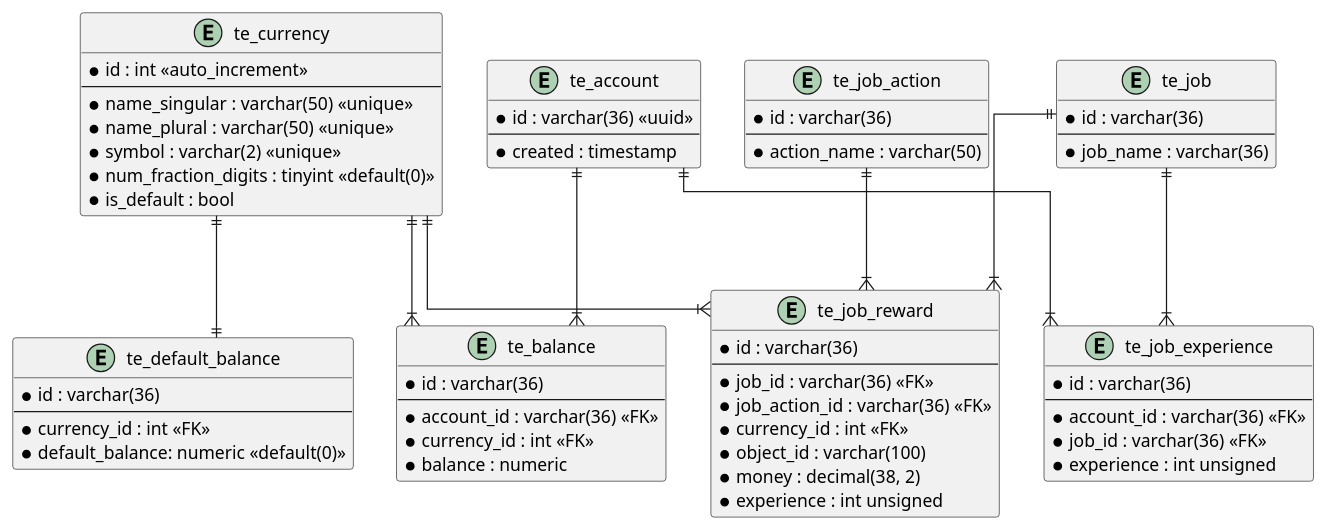
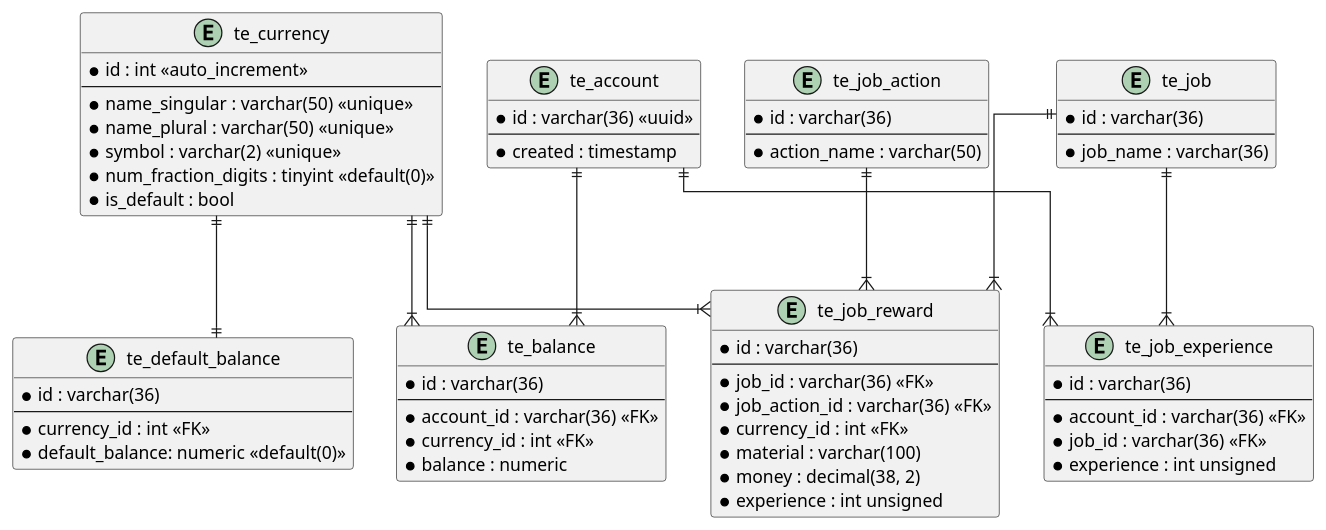
The diagram in designs/database.puml (ericgrandt/TotalEconomyPaper), drawn with PlantUML before and after one commit. The commit also changed 17 other files, not shown here.

```diff
--- a/designs/database.puml
+++ b/designs/database.puml
@@ -1,78 +1,78 @@
 @startuml database
 
 skinparam linetype ortho
 
 entity te_account {
     * id : varchar(36) <<uuid>>
     --
     * created : timestamp
 }
 
 entity te_currency {
     * id : int <<auto_increment>>
     --
     * name_singular : varchar(50) <<unique>>
     * name_plural : varchar(50) <<unique>>
     * symbol : varchar(2) <<unique>>
     * num_fraction_digits : tinyint <<default(0)>>
     * is_default : bool
 }
 
 entity te_default_balance {
     * id : varchar(36)
     --
     * currency_id : int <<FK>>
     * default_balance: numeric <<default(0)>>
 }
 
 entity te_balance {
     * id : varchar(36)
     --
     * account_id : varchar(36) <<FK>>
     * currency_id : int <<FK>>
     * balance : numeric
 }
 
 ' Jobs
 entity te_job {
     * id : varchar(36)
     --
     * job_name : varchar(36)
 }
 
 entity te_job_action {
     * id : varchar(36)
     --
     * action_name : varchar(50)
 }
 
 entity te_job_reward {
     * id : varchar(36)
     --
     * job_id : varchar(36) <<FK>>
     * job_action_id : varchar(36) <<FK>>
     * currency_id : int <<FK>>
-    * object_id : varchar(100)
+    * material : varchar(100)
     * money : decimal(38, 2)
     * experience : int unsigned
 }
 
 entity te_job_experience {
     * id : varchar(36)
     --
     * account_id : varchar(36) <<FK>>
     * job_id : varchar(36) <<FK>>
     * experience : int unsigned
 }
 
 te_account ||--|{ te_balance
 te_currency ||--|{ te_balance
 te_currency ||--|| te_default_balance
 
 ' Job relationships
 te_job ||--|{ te_job_reward
 te_job ||--|{ te_job_experience
 te_account ||--|{ te_job_experience
 te_job_action ||--|{ te_job_reward
 te_currency ||--|{ te_job_reward
 @enduml
```
